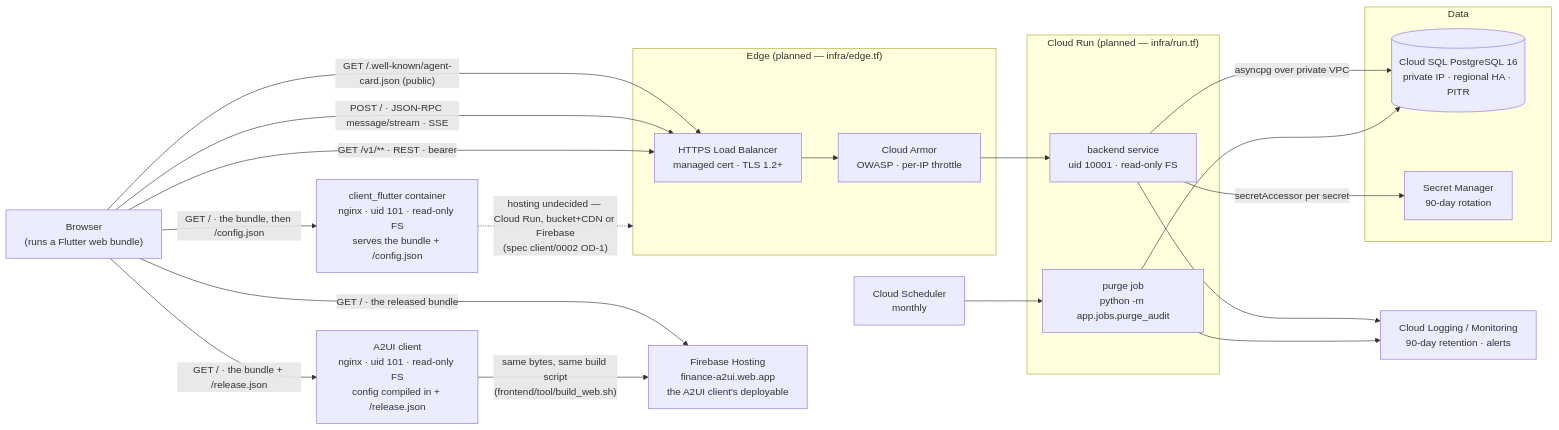
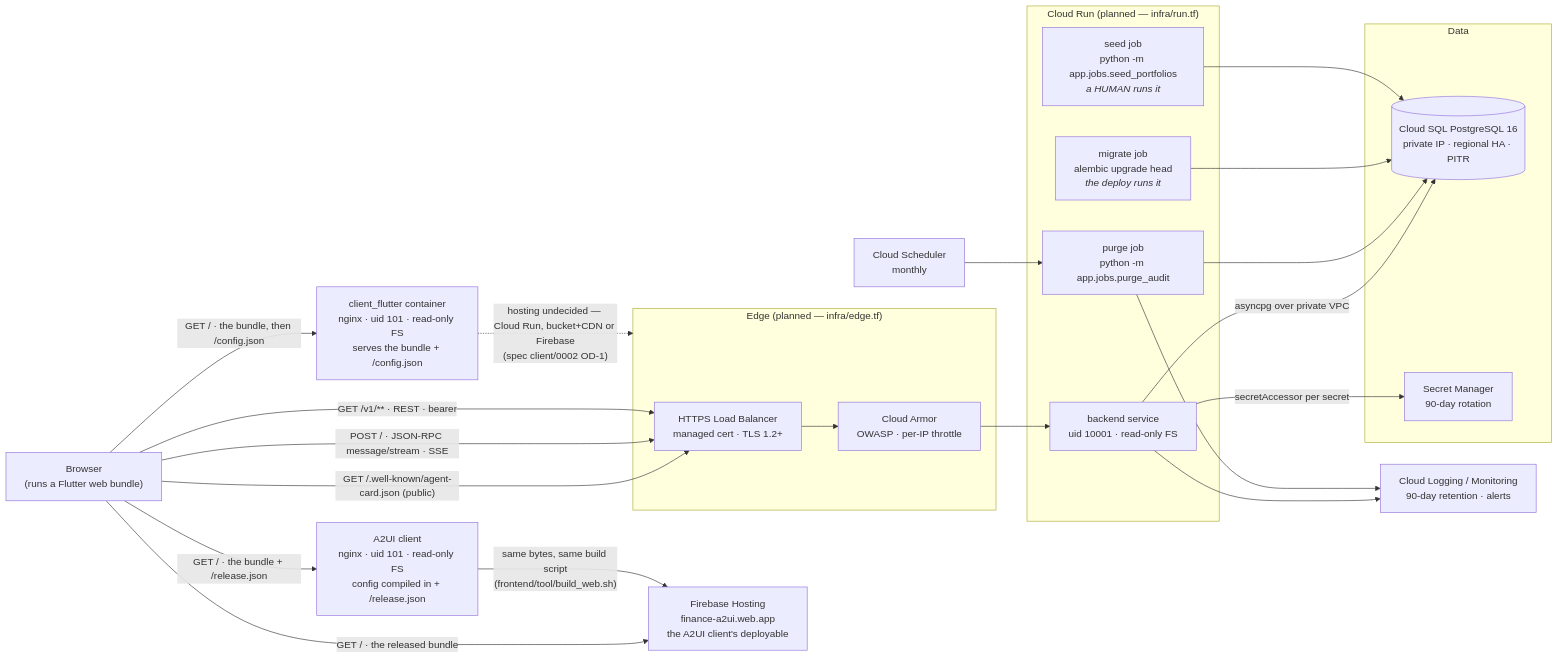
One commit to somnio-projects/finance-google-a2ui changed the diagram in docs/diagrams/02-containers.md. Above: the diagram before and after it, drawn with Mermaid. The commit also changed 12 other files, not shown here.

````diff
--- a/docs/diagrams/02-containers.md
+++ b/docs/diagrams/02-containers.md
@@ -5,59 +5,63 @@
 ```mermaid
 flowchart LR
     client["Browser<br/>(runs a Flutter web bundle)"]
     a2ui["A2UI client<br/>nginx · uid 101 · read-only FS<br/>config compiled in + /release.json"]
     web["client_flutter container<br/>nginx · uid 101 · read-only FS<br/>serves the bundle + /config.json"]
     host["Firebase Hosting<br/>finance-a2ui.web.app<br/>the A2UI client's deployable"]
     subgraph edge["Edge (planned — infra/edge.tf)"]
         lb["HTTPS Load Balancer<br/>managed cert · TLS 1.2+"]
         waf["Cloud Armor<br/>OWASP · per-IP throttle"]
     end
     subgraph run["Cloud Run (planned — infra/run.tf)"]
         svc["backend service<br/>uid 10001 · read-only FS"]
         job["purge job<br/>python -m app.jobs.purge_audit"]
+        mig["migrate job<br/>alembic upgrade head<br/><i>the deploy runs it</i>"]
+        seed["seed job<br/>python -m app.jobs.seed_portfolios<br/><i>a HUMAN runs it</i>"]
     end
     subgraph data["Data"]
         sql[("Cloud SQL PostgreSQL 16<br/>private IP · regional HA · PITR")]
         sm["Secret Manager<br/>90-day rotation"]
     end
     obs["Cloud Logging / Monitoring<br/>90-day retention · alerts"]
     sched["Cloud Scheduler<br/>monthly"]
 
     client -- "GET / · the bundle, then /config.json" --> web
     client -- "GET / · the bundle + /release.json" --> a2ui
     client -- "GET / · the released bundle" --> host
     a2ui -- "same bytes, same build script<br/>(frontend/tool/build_web.sh)" --> host
     web -. "hosting undecided — Cloud Run, bucket+CDN or Firebase<br/>(spec client/0002 OD-1)" .-> edge
     client -- "GET /.well-known/agent-card.json (public)" --> lb
     client -- "POST / · JSON-RPC message/stream · SSE" --> lb
     client -- "GET /v1/** · REST · bearer" --> lb
     lb --> waf --> svc
     svc -- "asyncpg over private VPC" --> sql
     svc -- "secretAccessor per secret" --> sm
     job --> sql
+    mig --> sql
+    seed --> sql
     sched --> job
     svc --> obs
     job --> obs
 
     %% Two surfaces on one service (ADR-J): /v1/** is strictly RESTful and
     %% answers RFC 9457 problem documents; the root is Google's A2A protocol,
     %% JSON-RPC over SSE, and answers JSON-RPC error objects. The agent card is
     %% the only public route besides the health probes — a client cannot hold a
     %% token before it has read it.
     %% TWO clients, one repository, no shared code (GGU-91). `client_flutter` is
     %% the older one: built and hardened (GGU-82, spec client/0002) but deployed
     %% nowhere — where it is hosted is OD-1, still open, which is why its only
     %% outgoing edge is dashed. The A2UI client is the one this repository is
     %% about, and it IS deployed: Firebase Hosting, by `frontend-cd`
     %% (spec frontend/0017).
     %% The A2UI container is NOT that deployable — Hosting serves a bundle, not
     %% an image. It is the local stack's copy of the same bytes, compiled by the
     %% same `frontend/tool/build_web.sh`, which is why the edge between them is
     %% solid: it is a "built by" relation, not a network call.
     %% Neither container holds a credential; the browser, not the container, is
     %% what talks to the backend. Locally `docker compose up` is db + backend +
     %% the A2UI client on :3001, all under the one project `finance-a2ui`.
     %% client_flutter is NOT in that stack: it has its own compose file and
     %% comes up beside it as `client-flutter`, which is the honest shape for a
     %% separate deployable.
 ```
````
